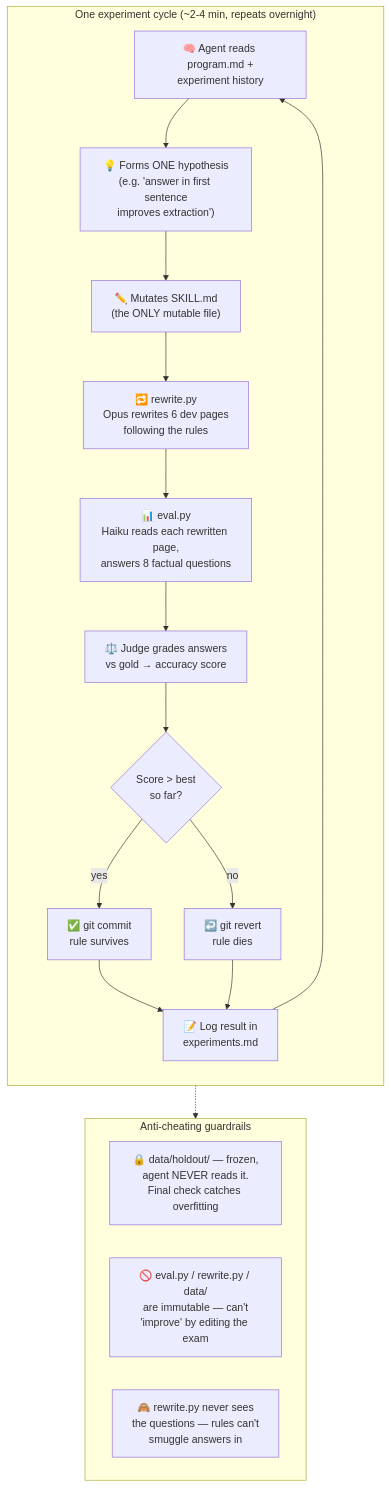
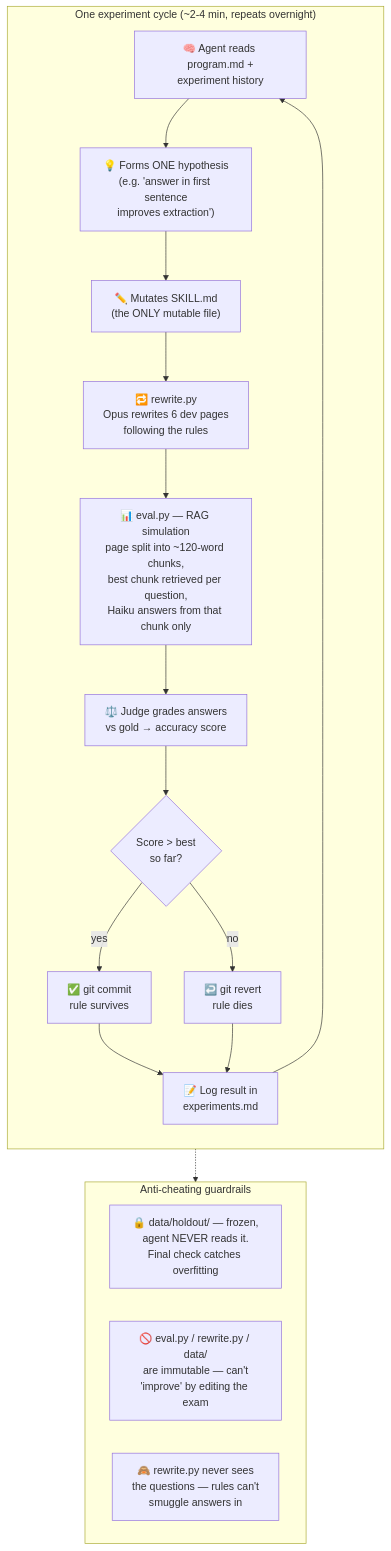
Before and after one commit to Kpradof/self-improving-aeo-skill: the diagram in README.md, drawn with Mermaid. The commit also changed other lines of this file and 3 other files, not shown here.

First line of the commit message:
Harden eval: simulate answer-engine retrieval (chunk + retrieve + answer)

````diff
--- a/README.md
+++ b/README.md
@@ -9,25 +9,25 @@
 ```mermaid
 flowchart TB
     subgraph loop["One experiment cycle (~2-4 min, repeats overnight)"]
         direction TB
         A["🧠 Agent reads program.md +\nexperiment history"] --> B["💡 Forms ONE hypothesis\n(e.g. 'answer in first sentence\nimproves extraction')"]
         B --> C["✏️ Mutates SKILL.md\n(the ONLY mutable file)"]
         C --> D["🔁 rewrite.py\nOpus rewrites 6 dev pages\nfollowing the rules"]
-        D --> E["📊 eval.py\nHaiku reads each rewritten page,\nanswers 8 factual questions"]
+        D --> E["📊 eval.py — RAG simulation\npage split into ~120-word chunks,\nbest chunk retrieved per question,\nHaiku answers from that chunk only"]
         E --> F["⚖️ Judge grades answers\nvs gold → accuracy score"]
         F --> G{"Score > best\nso far?"}
         G -- "yes" --> H["✅ git commit\nrule survives"]
         G -- "no" --> I["↩️ git revert\nrule dies"]
         H --> J["📝 Log result in\nexperiments.md"]
         I --> J
         J --> A
     end
 
     subgraph guards["Anti-cheating guardrails"]
         K["🔒 data/holdout/ — frozen,\nagent NEVER reads it.\nFinal check catches overfitting"]
         L["🚫 eval.py / rewrite.py / data/\nare immutable — can't\n'improve' by editing the exam"]
         M["🙈 rewrite.py never sees\nthe questions — rules can't\nsmuggle answers in"]
     end
 
     loop -.-> guards
 ```
````
